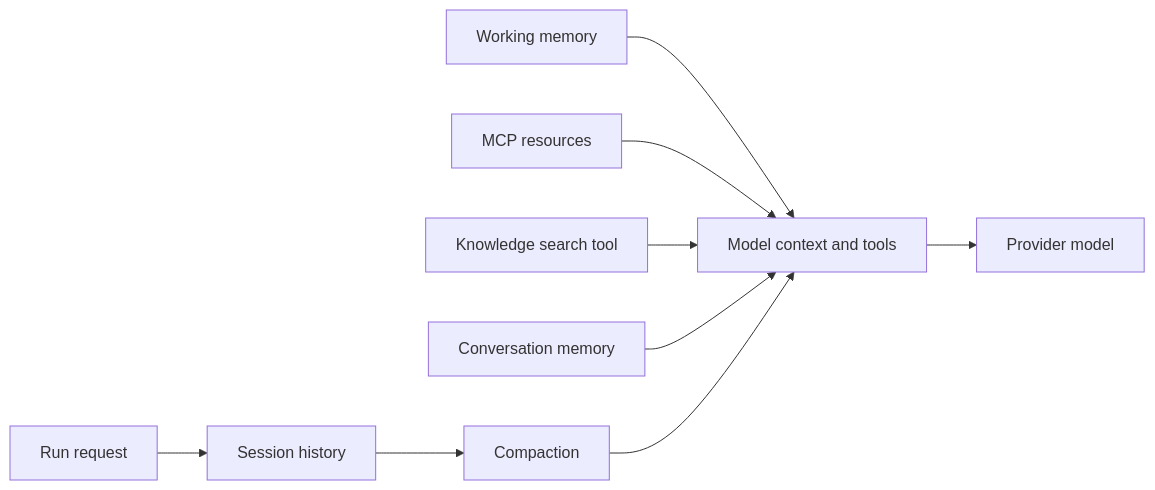
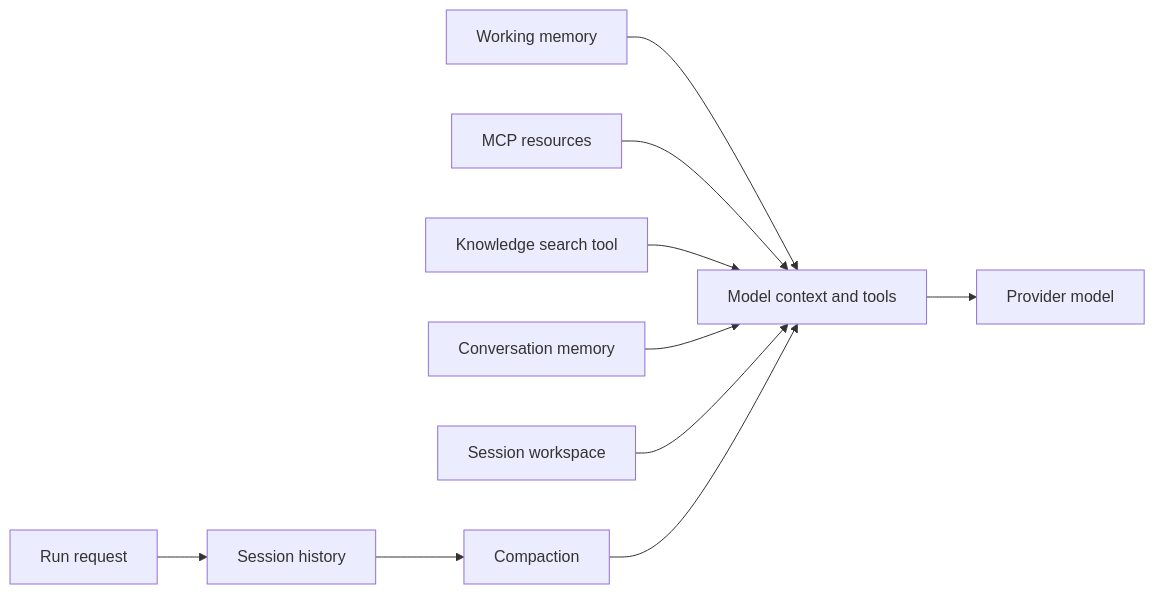
One commit to farukatasoy/Tracon changed the diagram in docs-site/src/content/docs/guides/context-and-memory.md. Above: the diagram before and after it, drawn with Mermaid. The commit also changed other lines of this file and 99 other files, not shown here.

Commit message:
feat(workspace): an agent keeps files in a private workspace for each session

````diff
--- a/docs-site/src/content/docs/guides/context-and-memory.md
+++ b/docs-site/src/content/docs/guides/context-and-memory.md
@@ -21,13 +23,14 @@
 ```mermaid
 flowchart LR
     accTitle: Agent context assembly
-    accDescr: Session history is compacted, then combined with working memory, fixed MCP resources, knowledge results, and the user's conversation memory before the model request.
+    accDescr: Session history is compacted, then combined with working memory, fixed MCP resources, knowledge results, the user's conversation memory, and the file tools of the session workspace before the model request.
     Q["Run request"] --> H["Session history"]
     H --> C["Compaction"]
     W["Working memory"] --> X["Model context and tools"]
     R["MCP resources"] --> X
     K["Knowledge search tool"] --> X
     U["Conversation memory"] --> X
+    F["Session workspace"] --> X
     C --> X
     X --> M["Provider model"]
 ```
````
